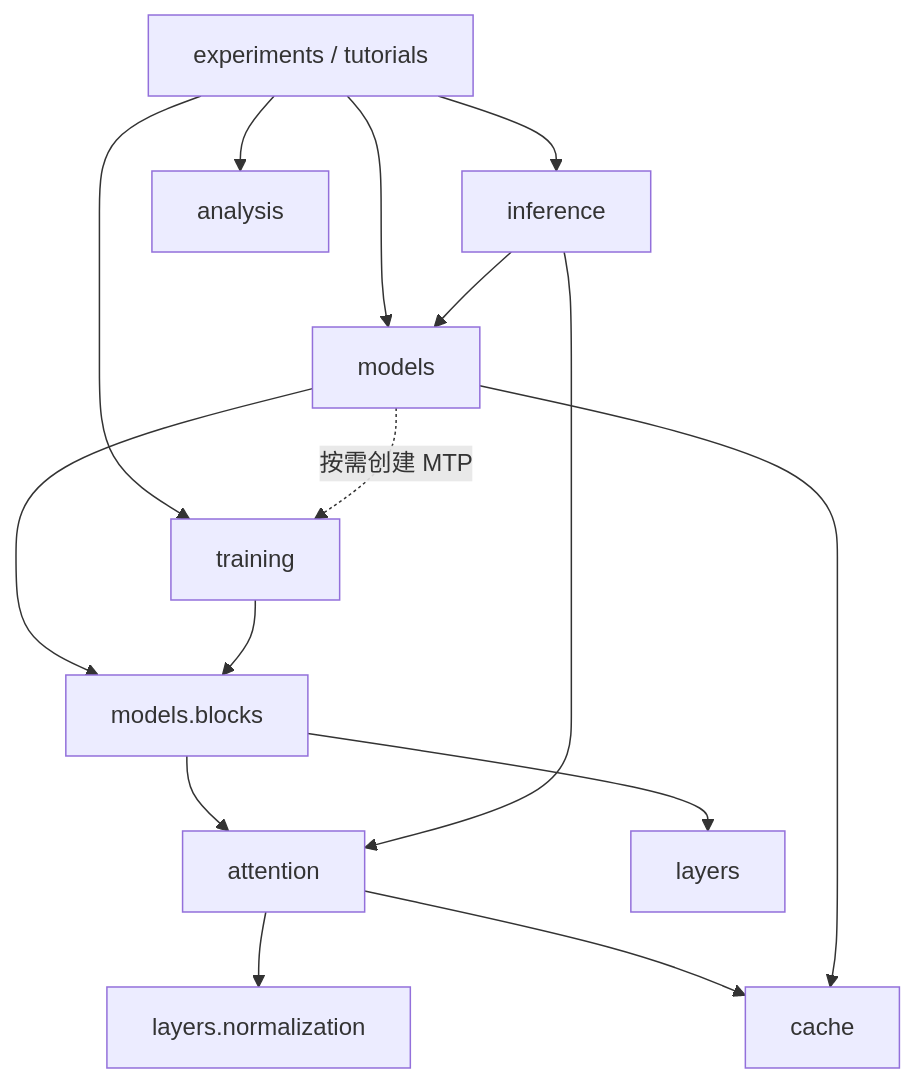
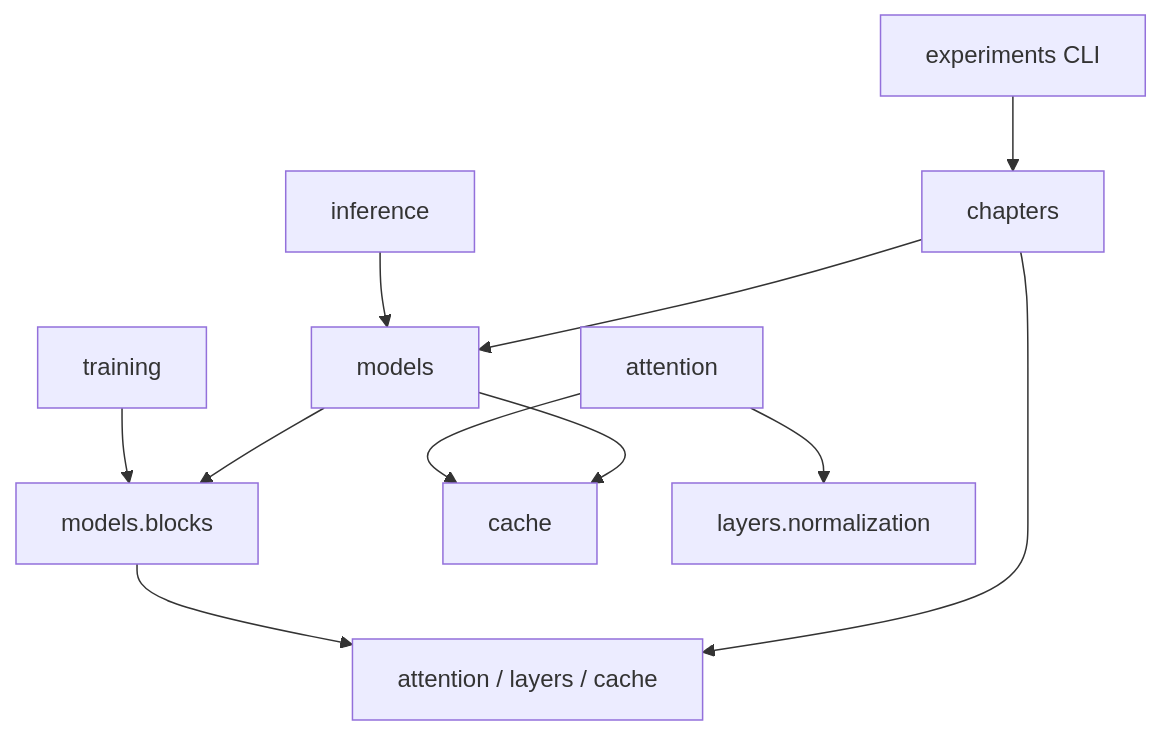
The diagram in transformer-lab/docs/architecture.md (cyberspacelee/llms-from-scratch), drawn with Mermaid before and after one commit. The commit also changed other lines of this file and 85 other files, not shown here.

````diff
--- a/transformer-lab/docs/architecture.md
+++ b/transformer-lab/docs/architecture.md
@@ -49,17 +23,13 @@
 ```mermaid
 flowchart TD
-    CLI[experiments / tutorials] --> Models[models]
-    CLI --> Training[training]
-    CLI --> Inference[inference]
-    CLI --> Analysis[analysis]
+    CLI[experiments CLI] --> Chapters[chapters]
+    Chapters --> Models[models]
+    Chapters --> Primitives[attention / layers / cache]
     Models --> Blocks[models.blocks]
-    Blocks --> Attention[attention]
-    Blocks --> Layers[layers]
+    Blocks --> Primitives
+    Models --> Cache[cache]
+    Attention[attention] --> Cache
     Attention --> Norm[layers.normalization]
-    Attention --> Cache[cache]
-    Models --> Cache
-    Training --> Blocks
-    Inference --> Attention
-    Inference --> Models
-    Models -. 按需创建 MTP .-> Training
+    Training[training] --> Blocks
+    Inference[inference] --> Models
 ```
````
